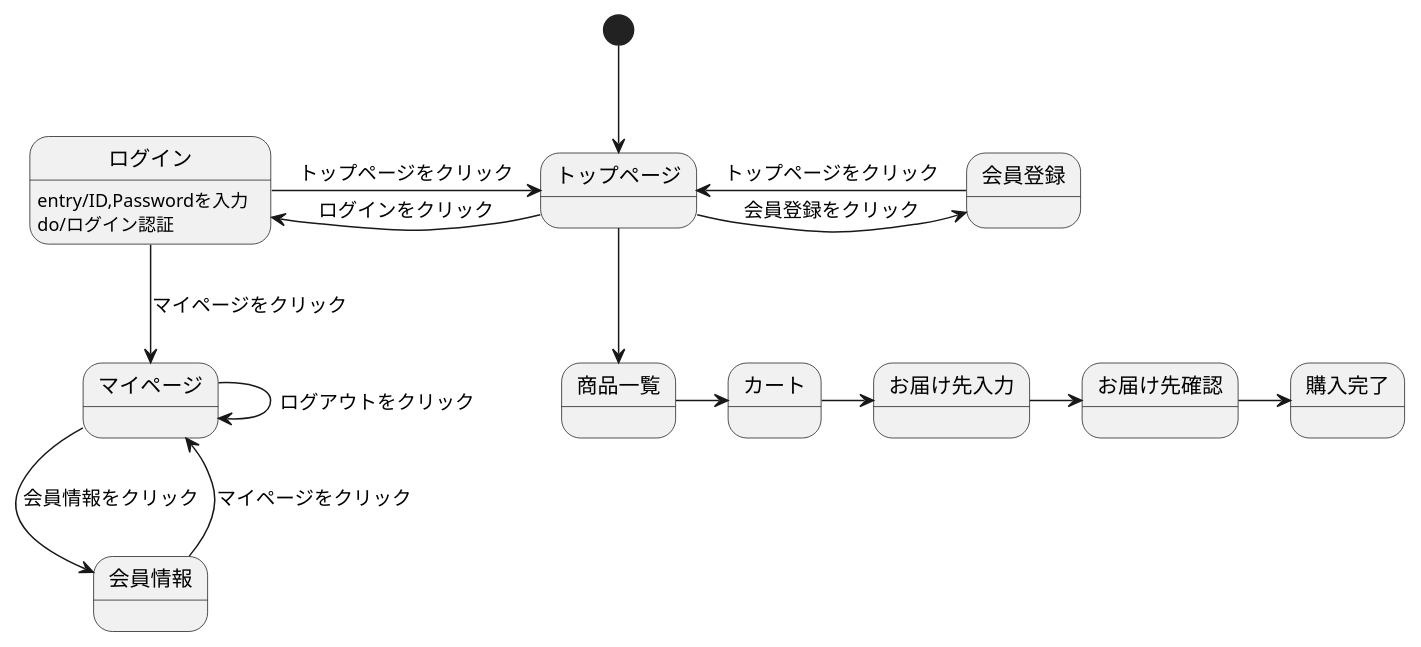
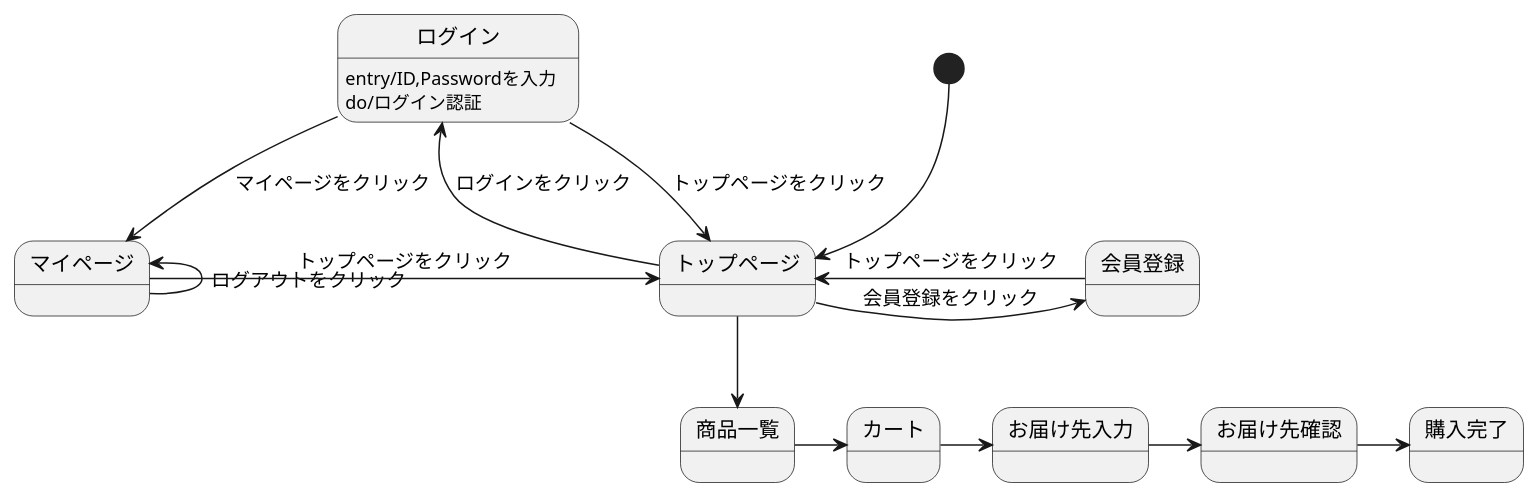
One commit to Aso2001163/2021sys-design-2 changed the diagram in stm01.md. Above: the diagram before and after it, drawn with PlantUML.

````diff
--- a/stm01.md
+++ b/stm01.md
@@ -1,20 +1,19 @@
 ```uml
 @startuml
 [*] --> トップページ
 トップページ -> 会員登録 : 会員登録をクリック
 会員登録 -> トップページ : トップページをクリック
 トップページ -left-> ログイン : ログインをクリック
 ログイン -> トップページ : トップページをクリック
 ログイン -down-> マイページ : マイページをクリック
 ログイン:entry/ID,Passwordを入力
 ログイン:do/ログイン認証
-マイページ --> マイページ : ログアウトをクリック
-マイページ -down-> 会員情報 : 会員情報をクリック
-会員情報 -> マイページ : マイページをクリック
+マイページ -left-> マイページ : ログアウトをクリック
+マイページ -> トップページ : トップページをクリック
 トップページ --> 商品一覧
 商品一覧 -> カート
 カート -> お届け先入力
 お届け先入力 -> お届け先確認
 お届け先確認 -> 購入完了
 @enduml
 ```
````
